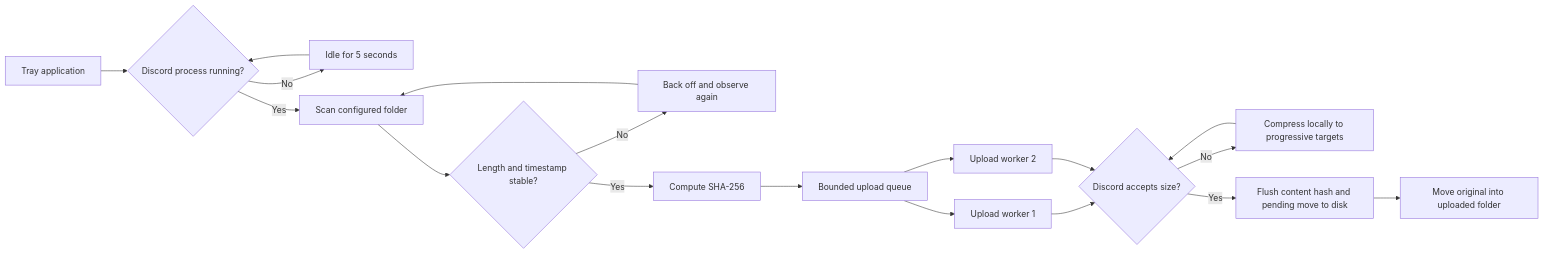
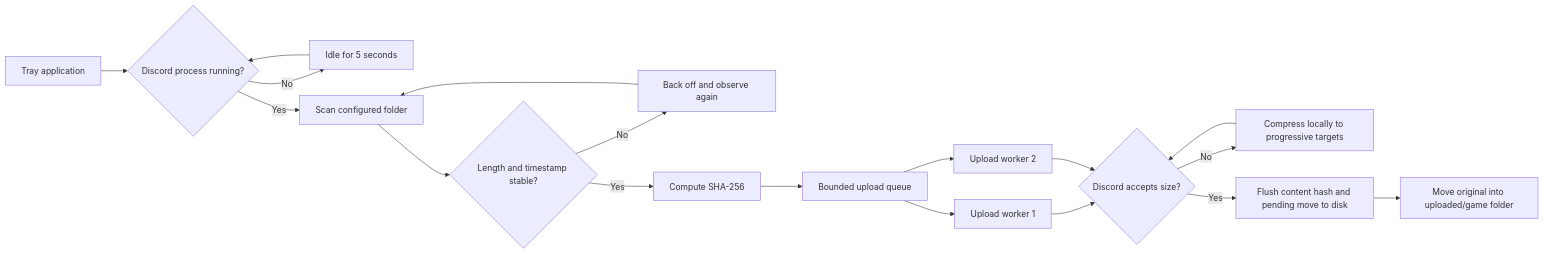
One commit to malikpervez/clips-to-discord changed the diagram in docs/ARCHITECTURE.md. Above: the diagram before and after it, drawn with Mermaid. The commit also changed other lines of this file and 15 other files, not shown here.

Commit message:
Organize uploaded clips by game

````diff
--- a/docs/ARCHITECTURE.md
+++ b/docs/ARCHITECTURE.md
@@ -5,20 +5,20 @@
 ```mermaid
 flowchart LR
     A["Tray application"] --> B{"Discord process running?"}
     B -- "No" --> C["Idle for 5 seconds"]
     C --> B
     B -- "Yes" --> D["Scan configured folder"]
     D --> E{"Length and timestamp stable?"}
     E -- "No" --> F["Back off and observe again"]
     F --> D
     E -- "Yes" --> G["Compute SHA-256"]
     G --> H["Bounded upload queue"]
     H --> I1["Upload worker 1"]
     H --> I2["Upload worker 2"]
     I1 --> J{"Discord accepts size?"}
     I2 --> J
     J -- "No" --> K["Compress locally to progressive targets"]
     K --> J
     J -- "Yes" --> L["Flush content hash and pending move to disk"]
-    L --> M["Move original into uploaded folder"]
+    L --> M["Move original into uploaded/game folder"]
 ```
````
